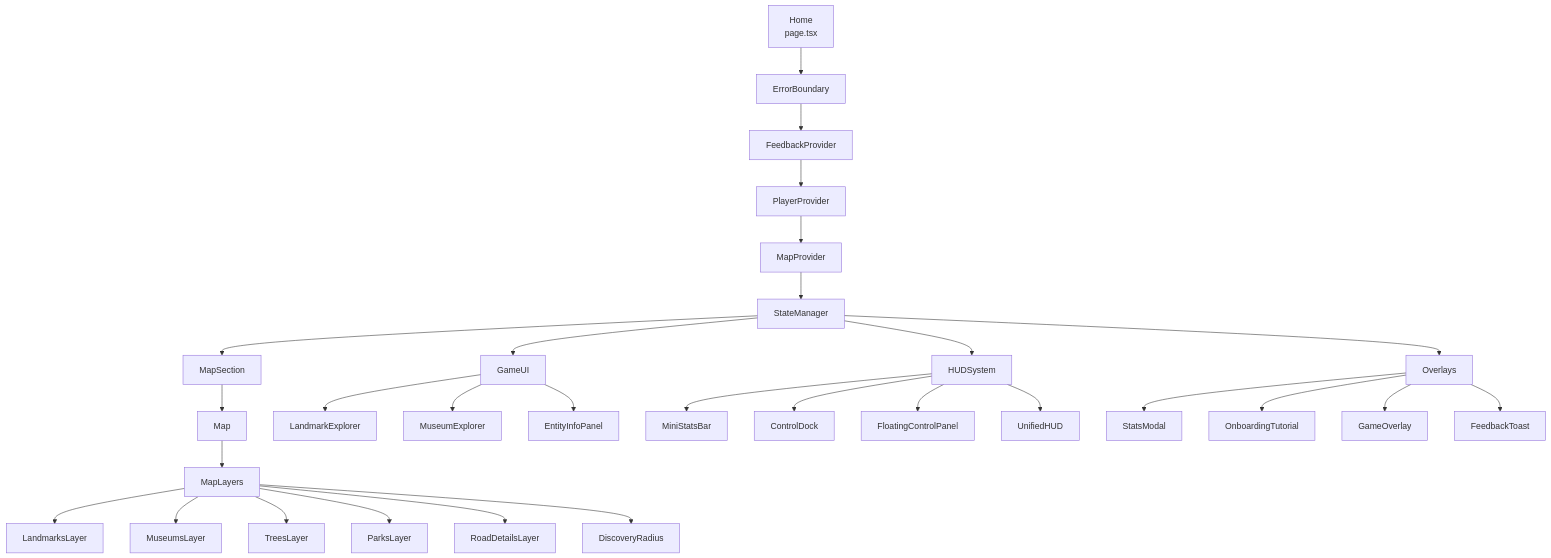
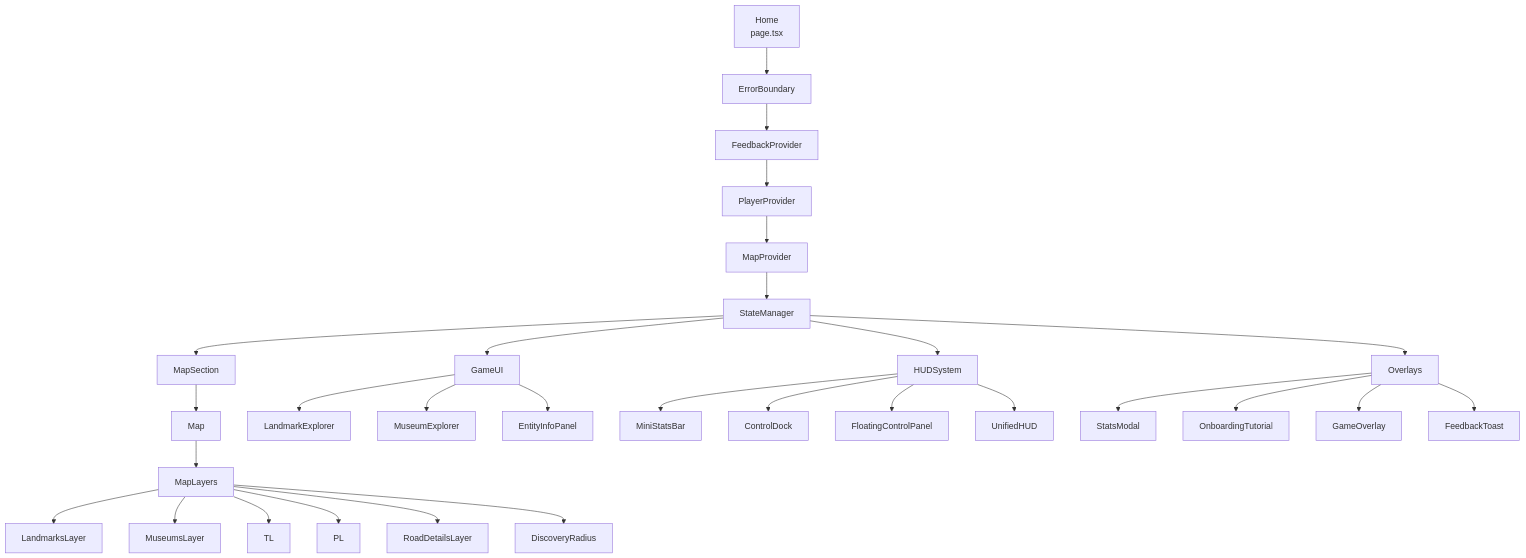
One commit to itsmepraks/DCmap changed the second of 4 diagrams in README.md. Above: the diagram before and after it, drawn with Mermaid. The commit also changed other lines of this file and 24 other files, not shown here.

````diff
--- a/README.md
+++ b/README.md
@@ -100,45 +100,43 @@
 ```mermaid
 graph TD
     Home["Home<br/>page.tsx"]
     EB["ErrorBoundary"]
     FP["FeedbackProvider"]
     PP["PlayerProvider"]
     MP["MapProvider"]
     SM["StateManager"]
 
     MS["MapSection"]
     Map["Map"]
     ML["MapLayers"]
 
     LL["LandmarksLayer"]
     MuL["MuseumsLayer"]
-    TL["TreesLayer"]
-    PL["ParksLayer"]
     RL["RoadDetailsLayer"]
     DR["DiscoveryRadius"]
 
     GUI["GameUI"]
     LE["LandmarkExplorer"]
     ME["MuseumExplorer"]
     EIP["EntityInfoPanel"]
 
     HUD["HUDSystem"]
     MSB["MiniStatsBar"]
     CD["ControlDock"]
     FCP["FloatingControlPanel"]
     UHUD["UnifiedHUD"]
 
     OV["Overlays"]
     StM["StatsModal"]
     OT["OnboardingTutorial"]
     GO["GameOverlay"]
     FT["FeedbackToast"]
 
     Home --> EB --> FP --> PP --> MP --> SM
     SM --> MS & GUI & HUD & OV
     MS --> Map --> ML
     ML --> LL & MuL & TL & PL & RL & DR
     GUI --> LE & ME & EIP
     HUD --> MSB & CD & FCP & UHUD
     OV --> StM & OT & GO & FT
 ```
````
